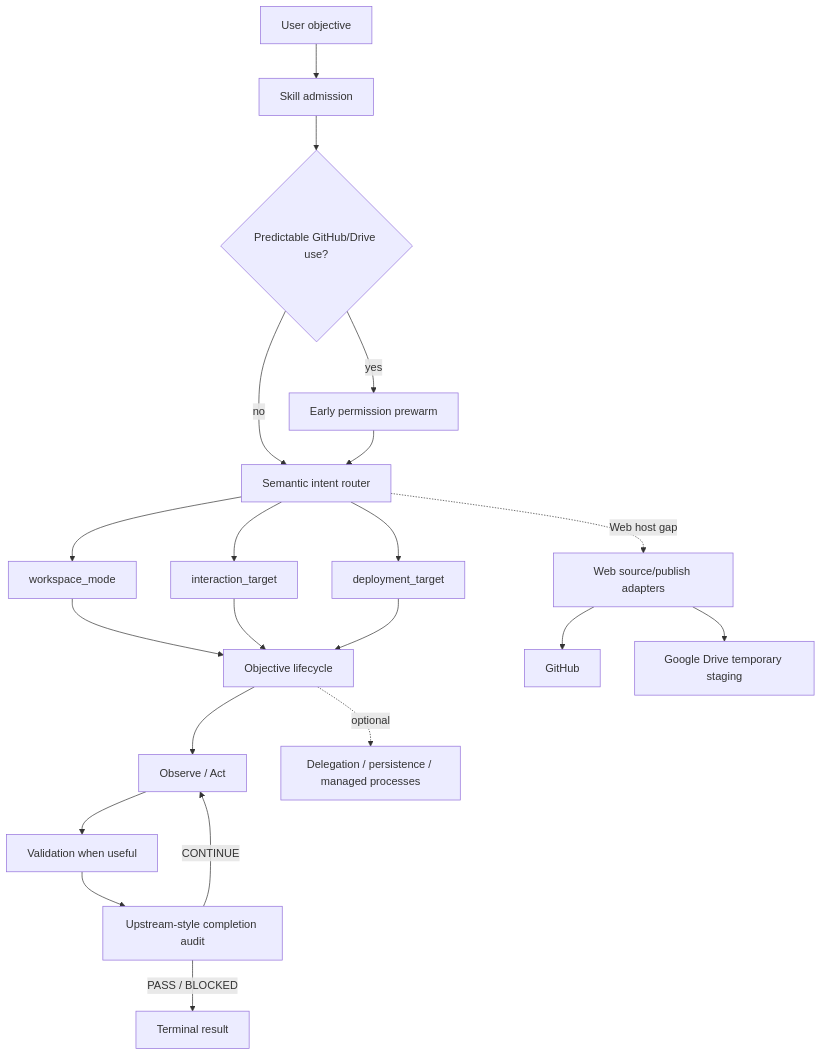
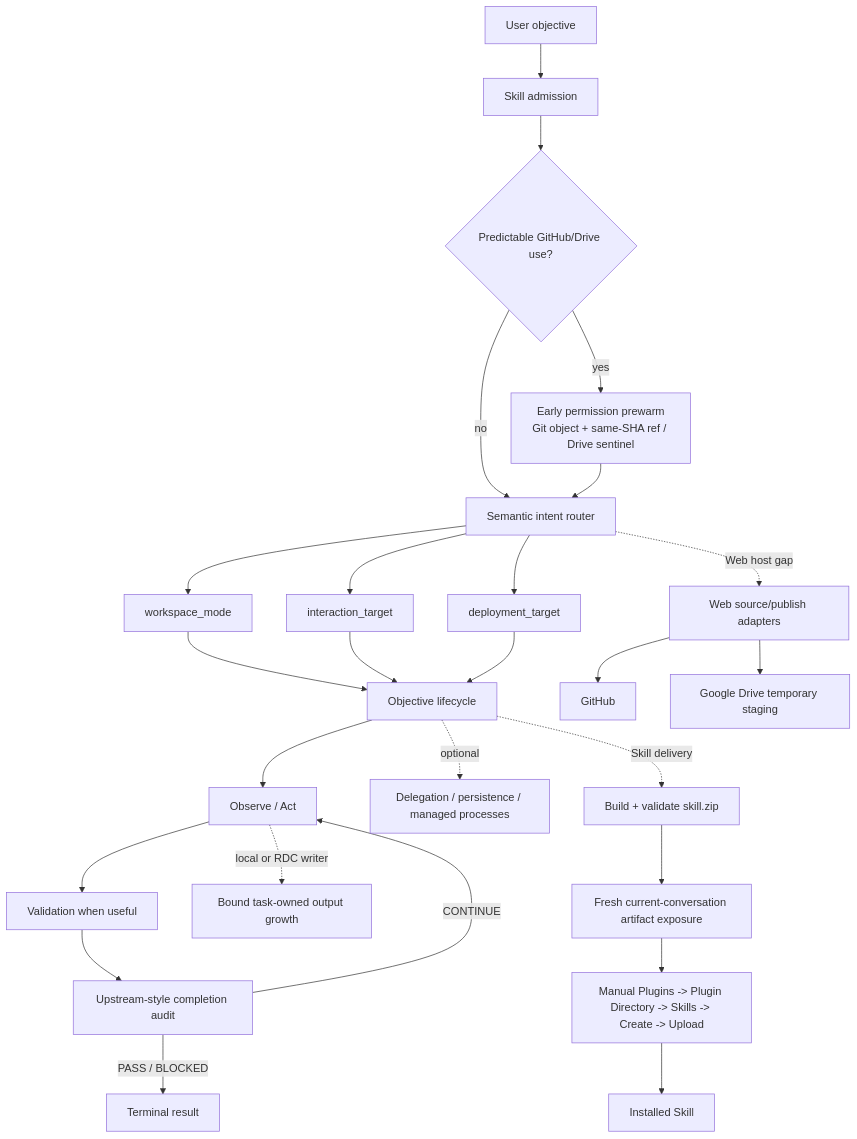
The diagram in ARCHITECTURE.md (yihan-hu/codex-loop), drawn with Mermaid before and after one commit. The commit also changed other lines of this file and 17 other files, not shown here.

Commit message:
fix: prewarm permissions and harden skill delivery

````diff
--- a/ARCHITECTURE.md
+++ b/ARCHITECTURE.md
@@ -3,23 +3,28 @@
 ```mermaid
 flowchart TD
   U[User objective] --> S[Skill admission]
   S --> P{Predictable GitHub/Drive use?}
-  P -->|yes| W[Early permission prewarm]
+  P -->|yes| W[Early permission prewarm<br/>Git object + same-SHA ref / Drive sentinel]
   P -->|no| R
   W --> R[Semantic intent router]
   R --> WM[workspace_mode]
   R --> IT[interaction_target]
   R --> DT[deployment_target]
   WM --> O[Objective lifecycle]
   IT --> O
   DT --> O
   O --> A[Observe / Act]
   A --> V[Validation when useful]
+  A -. local or RDC writer .-> G[Bound task-owned output growth]
   V --> C[Upstream-style completion audit]
   C -->|CONTINUE| A
   C -->|PASS / BLOCKED| E[Terminal result]
   O -. optional .-> D[Delegation / persistence / managed processes]
   R -. Web host gap .-> WA[Web source/publish adapters]
   WA --> GH[GitHub]
   WA --> GD[Google Drive temporary staging]
+  O -. Skill delivery .-> K[Build + validate skill.zip]
+  K --> X[Fresh current-conversation artifact exposure]
+  X --> UI[Manual Plugins -> Plugin Directory -> Skills -> Create -> Upload]
+  UI --> IS[Installed Skill]
 ```
````
